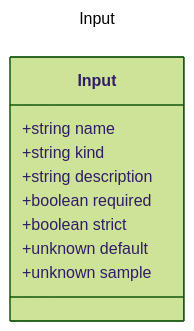
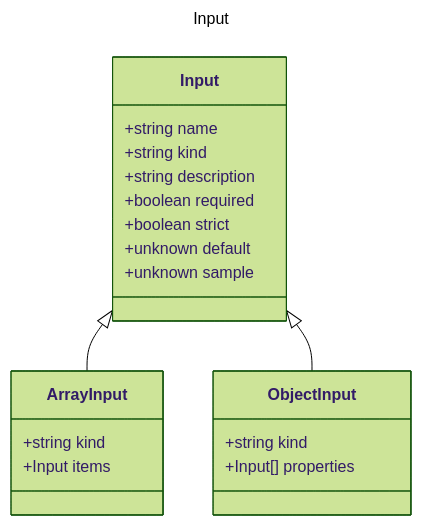
Before and after one commit to microsoft/prompty: the diagram in specification/prompty/docs/Input.md, drawn with Mermaid (forest theme). The commit also changed other lines of this file and 14 other files, not shown here.

````diff
--- a/specification/prompty/docs/Input.md
+++ b/specification/prompty/docs/Input.md
@@ -11,15 +11,25 @@
 ```mermaid
 ---
 title: Input
 ---
 classDiagram
     class Input {
         +string name
         +string kind
         +string description
         +boolean required
         +boolean strict
         +unknown default
         +unknown sample
     }
+    class ArrayInput {
+        +string kind
+        +Input items
+    }
+    Input <|-- ArrayInput
+    class ObjectInput {
+        +string kind
+        +Input[] properties
+    }
+    Input <|-- ObjectInput
 ```
````
